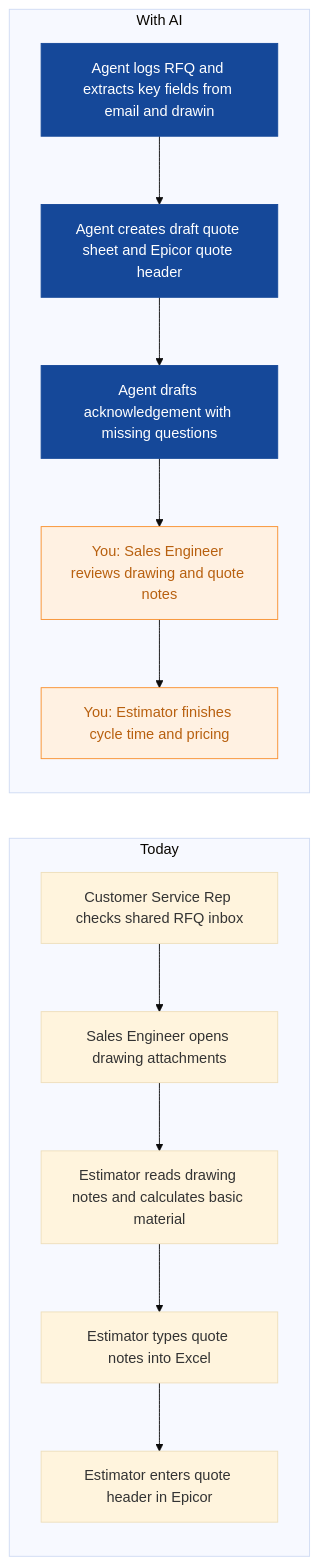
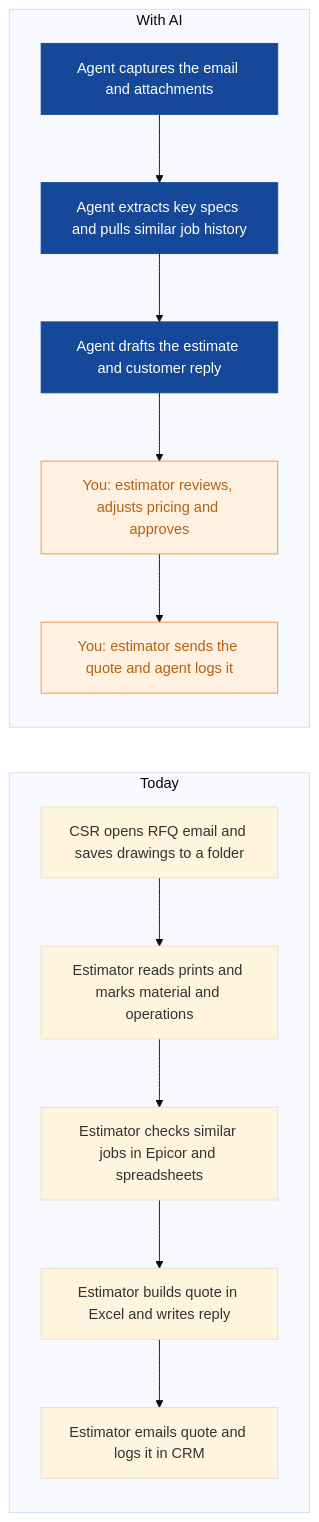
One commit to nexibeo/Complete-AI-Strategy changed the first of 9 diagrams in strategies/ironleaf-manufacturing.md. Above: the diagram before and after it, drawn with Mermaid (base theme). The commit also changed other lines of this file and 26 other files, not shown here.

````diff
--- a/strategies/ironleaf-manufacturing.md
+++ b/strategies/ironleaf-manufacturing.md
@@ -50,23 +54,23 @@
 ```mermaid
 flowchart LR
   subgraph Today
-    B0["Customer Service Rep checks shared RFQ inbox"]
-    B1["Sales Engineer opens drawing attachments"]
-    B2["Estimator reads drawing notes and calculates basic material"]
-    B3["Estimator types quote notes into Excel"]
-    B4["Estimator enters quote header in Epicor"]
+    B0["CSR opens RFQ email and saves drawings to a folder"]
+    B1["Estimator reads prints and marks material and operations"]
+    B2["Estimator checks similar jobs in Epicor and spreadsheets"]
+    B3["Estimator builds quote in Excel and writes reply"]
+    B4["Estimator emails quote and logs it in CRM"]
     B0 --> B1 --> B2 --> B3 --> B4
   end
   subgraph WithAI[With AI]
-    A0["Agent logs RFQ and extracts key fields from email and drawin"]
-    A1["Agent creates draft quote sheet and Epicor quote header"]
-    A2["Agent drafts acknowledgement with missing questions"]
-    A3["You: Sales Engineer reviews drawing and quote notes"]
-    A4["You: Estimator finishes cycle time and pricing"]
+    A0["Agent captures the email and attachments"]
+    A1["Agent extracts key specs and pulls similar job history"]
+    A2["Agent drafts the estimate and customer reply"]
+    A3["You: estimator reviews, adjusts pricing and approves"]
+    A4["You: estimator sends the quote and agent logs it"]
     A0 --> A1 --> A2 --> A3 --> A4
   end
   classDef ai fill:#154899,color:#fff,stroke:#154899
   classDef human fill:#FFF1E2,color:#B8600F,stroke:#F98F2C
   class A0,A1,A2 ai
   class A3,A4 human
 ```
````
